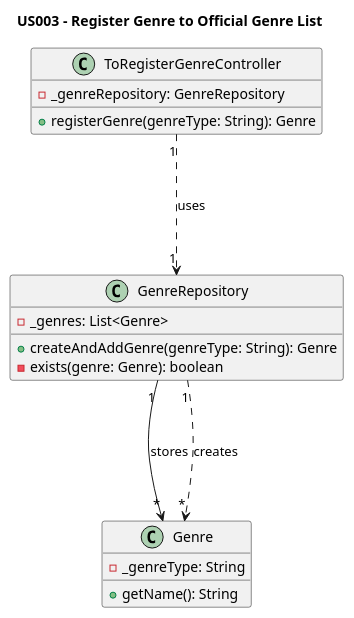
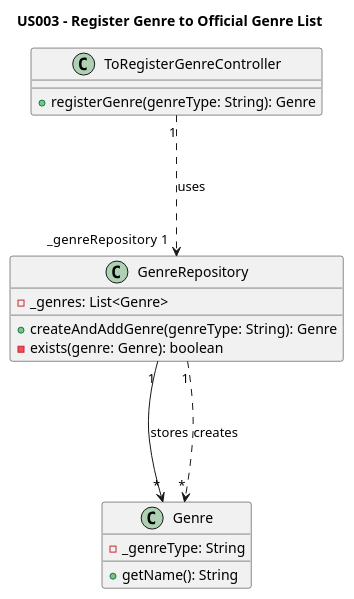
The diagram in Diagrams/ClassDiagrams/US003-to-add-a-publication-genre-to-the-genre-list.puml (AndrePereiraGitH/SWitCH-Project-Team_A), drawn with PlantUML before and after one commit. The commit also changed 1 other file, not shown here.

```diff
--- a/Diagrams/ClassDiagrams/US003-to-add-a-publication-genre-to-the-genre-list.puml
+++ b/Diagrams/ClassDiagrams/US003-to-add-a-publication-genre-to-the-genre-list.puml
@@ -1,26 +1,25 @@
 @startuml
 title US003 - Register Genre to Official Genre List
 
 class ToRegisterGenreController {
-  -_genreRepository: GenreRepository
   +registerGenre(genreType: String): Genre
 }
 
 class GenreRepository {
   -_genres: List<Genre>
   +createAndAddGenre(genreType: String): Genre
   -exists(genre: Genre): boolean
 }
 
 class Genre {
   -_genreType: String
   +getName(): String
 }
 
 
-ToRegisterGenreController "1" -.-> "1" GenreRepository : uses
+ToRegisterGenreController "1" -.-> "_genreRepository  1" GenreRepository : uses
 GenreRepository "1" --> "*" Genre : stores
 GenreRepository "1" -.-> "*" Genre : creates
 
 
 @enduml
```
